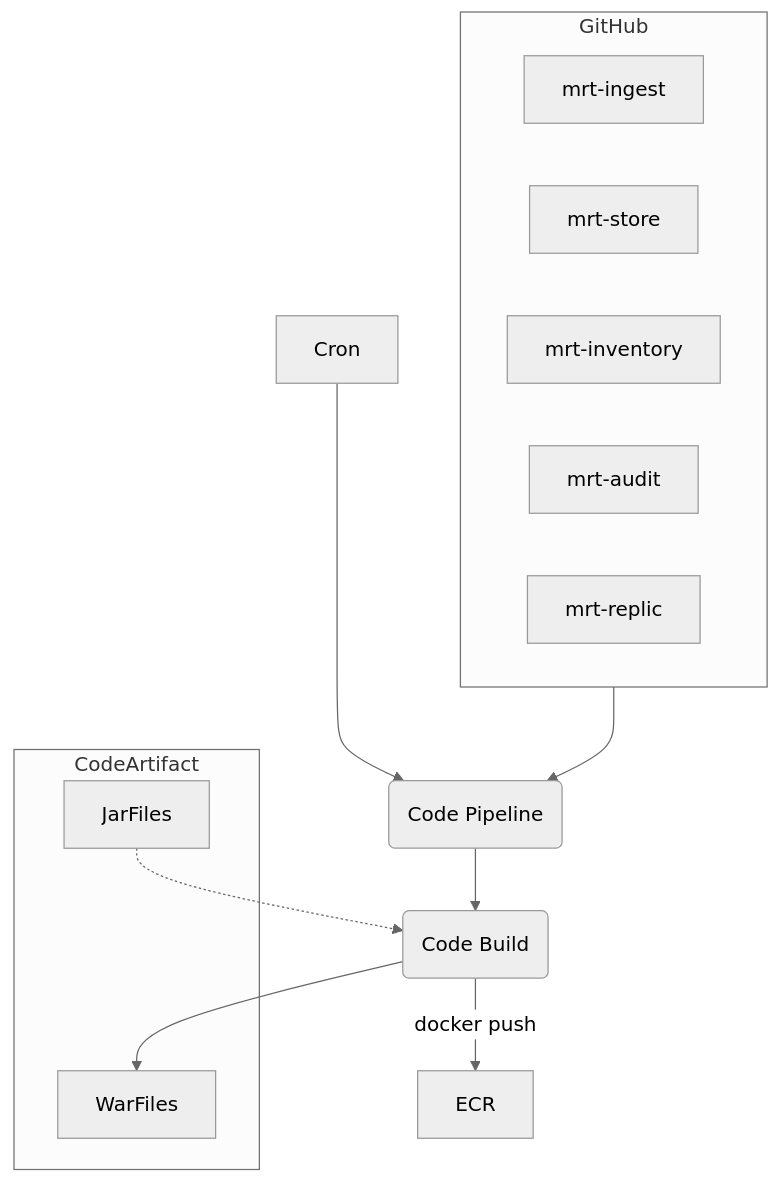
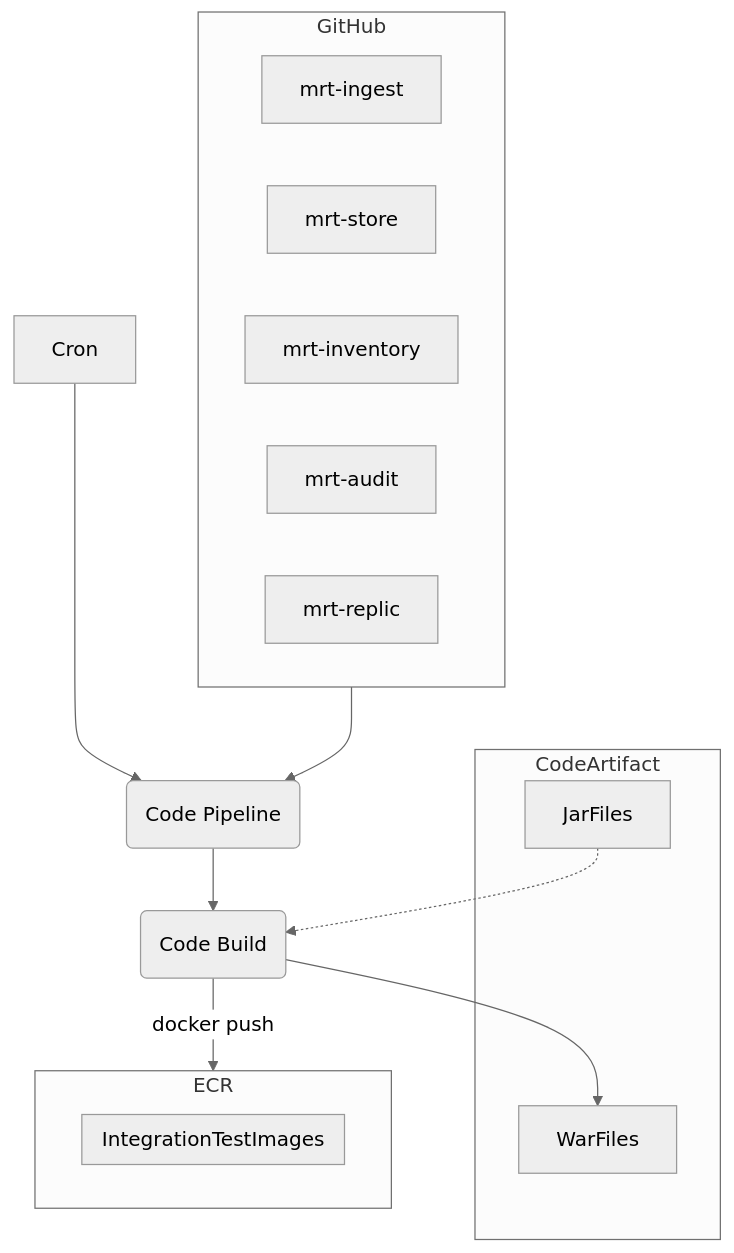
The third of 10 diagrams in design/aws-build/README.md (CDLUC3/mrt-doc), drawn with Mermaid (neutral theme) before and after one commit. The commit also changed other lines of this file, not shown here.

````diff
--- a/design/aws-build/README.md
+++ b/design/aws-build/README.md
@@ -60,23 +81,32 @@
 ```mermaid
 graph TD
   subgraph GitHub
     mrt-ingest
     mrt-store
     mrt-inventory
     mrt-audit
     mrt-replic
   end
   GitHub --> Pipeline
   Cron --> Pipeline
   Pipeline(Code Pipeline)
   Pipeline --> Build
   Build(Code Build)
   Build --> WarFiles
   Build --> |docker push| ECR
   ECR
   subgraph CodeArtifact
     JarFiles
     WarFiles
   end
   JarFiles -.-> Build
+  subgraph ECR
+    subgraph IntegrationTestImages
+      mrt-ingest
+      mrt-store
+      mrt-inventory
+      mrt-audit
+      mrt-replic
+    end
+  end
 ```
````
